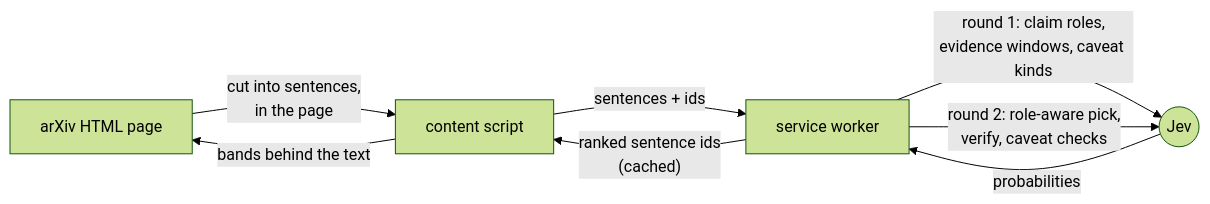
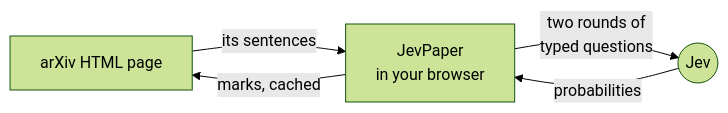
Before and after one commit to SRjoeee/jev-paper: the diagram in README.md, drawn with Mermaid (forest theme). The commit also changed 2 other files, not shown here.

Commit message:
Start the demo on a settled frame and simplify the diagram

````diff
--- a/README.md
+++ b/README.md
@@ -125,10 +125,7 @@
 ```mermaid
 flowchart LR
-    P["arXiv HTML page"] -->|"cut into sentences,<br/>in the page"| C["content script"]
-    C -->|"sentences + ids"| W["service worker"]
-    W -->|"round 1: claim roles,<br/>evidence windows, caveat kinds"| J(("Jev"))
-    W -->|"round 2: role-aware pick,<br/>verify, caveat checks"| J
-    J -->|"probabilities"| W
-    W -->|"ranked sentence ids<br/>(cached)"| C
-    C -->|"bands behind the text"| P
+    P["arXiv HTML page"] -->|"its sentences"| X["JevPaper<br/>in your browser"]
+    X -->|"two rounds of<br/>typed questions"| J(("Jev"))
+    J -->|"probabilities"| X
+    X -->|"marks, cached"| P
 ```
````
